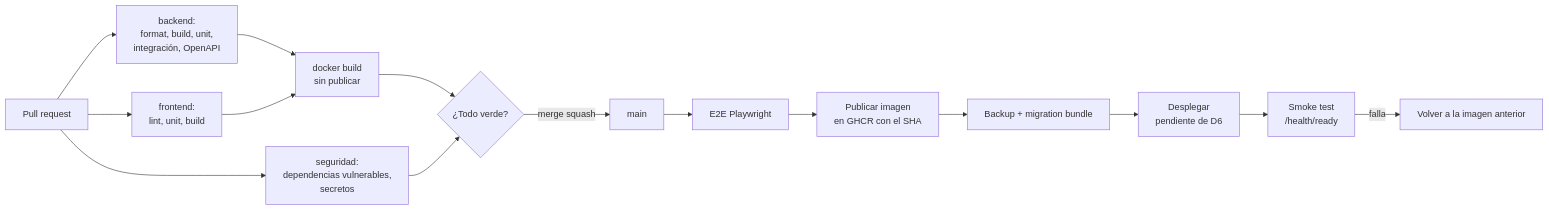
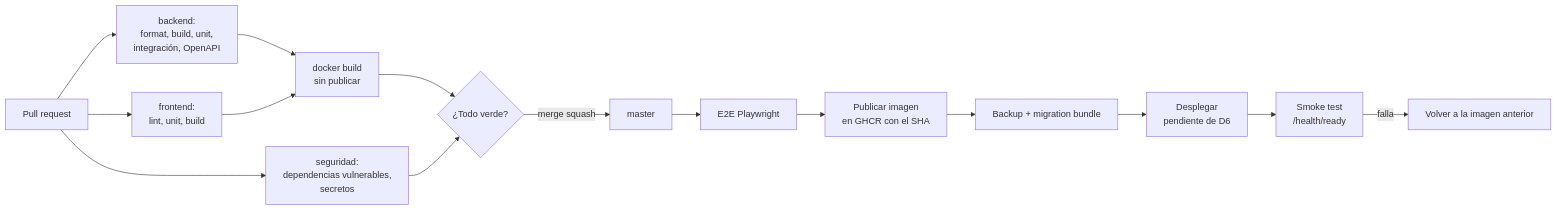
The diagram in docs/design/ci-cd.md (MauroPolizzi/saas-run-fit), drawn with Mermaid before and after one commit. The commit also changed other lines of this file and 124 other files, not shown here.

````diff
--- a/docs/design/ci-cd.md
+++ b/docs/design/ci-cd.md
@@ -9,17 +9,17 @@
 ```mermaid
 flowchart LR
     PR[Pull request] --> B[backend:<br/>format, build, unit,<br/>integración, OpenAPI]
     PR --> F[frontend:<br/>lint, unit, build]
     PR --> S[seguridad:<br/>dependencias vulnerables,<br/>secretos]
     B --> D[docker build<br/>sin publicar]
     F --> D
     D --> OK{¿Todo verde?}
     S --> OK
-    OK -->|merge squash| M[main]
+    OK -->|merge squash| M[master]
     M --> E2E[E2E Playwright]
     E2E --> IMG[Publicar imagen<br/>en GHCR con el SHA]
     IMG --> MIG[Backup + migration bundle]
     MIG --> DEP[Desplegar<br/>pendiente de D6]
     DEP --> SMK[Smoke test<br/>/health/ready]
     SMK -->|falla| RB[Volver a la imagen anterior]
 ```
````
